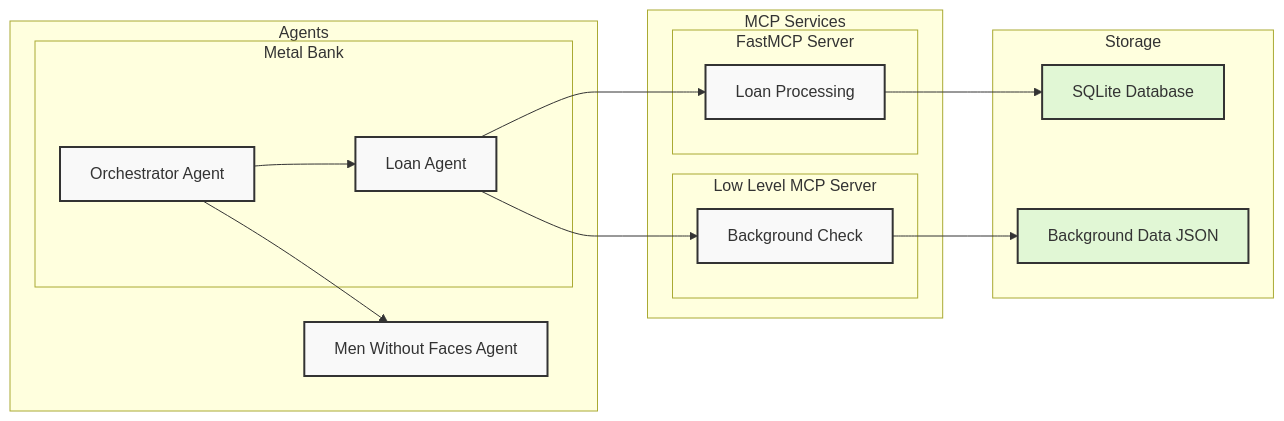
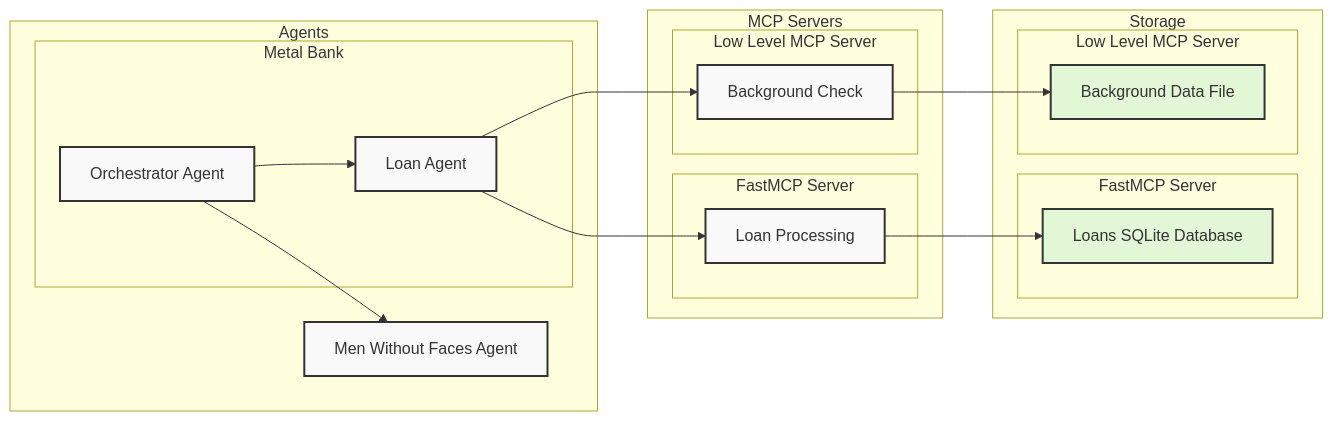
One commit to MKand/agenticprotocols changed the diagram in README.md. Above: the diagram before and after it, drawn with Mermaid.

Commit message:
fixed issue with mermaid

````diff
--- a/README.md
+++ b/README.md
@@ -49,36 +49,40 @@
 ```mermaid
 flowchart LR
     subgraph AGENTS[Agents]
         subgraph MB[Metal Bank]
             ROOT[Orchestrator Agent]
             MBA[Loan Agent]
         end
         MWF[Men Without Faces Agent]
     end
 
-    subgraph SERVICES[MCP Services]
+    subgraph SERVICES[MCP Servers]
         subgraph FAST[FastMCP Server]
             LOAN[Loan Processing]
         end
         subgraph LOW[Low Level MCP Server]
             BG[Background Check]
         end
     end
 
     subgraph DATA[Storage]
-        DB[SQLite Database]
-        JSON[Background Data JSON]
+      subgraph SQLDB[FastMCP Server]
+          DB[Loans SQLite Database]
+        end
+        subgraph JSONDB[Low Level MCP Server]
+            JSON[Background Data File]
+        end
     end
 
     ROOT --> MBA
     ROOT --> MWF
     MBA --> LOAN
     MBA --> BG
     LOAN --> DB
     BG --> JSON
 
     %% Styling
     classDef default fill:#f9f9f9,stroke:#333,stroke-width:2px;
     classDef storage fill:#e1f7d5,stroke:#333;
     class DB,JSON storage
 ```
````
